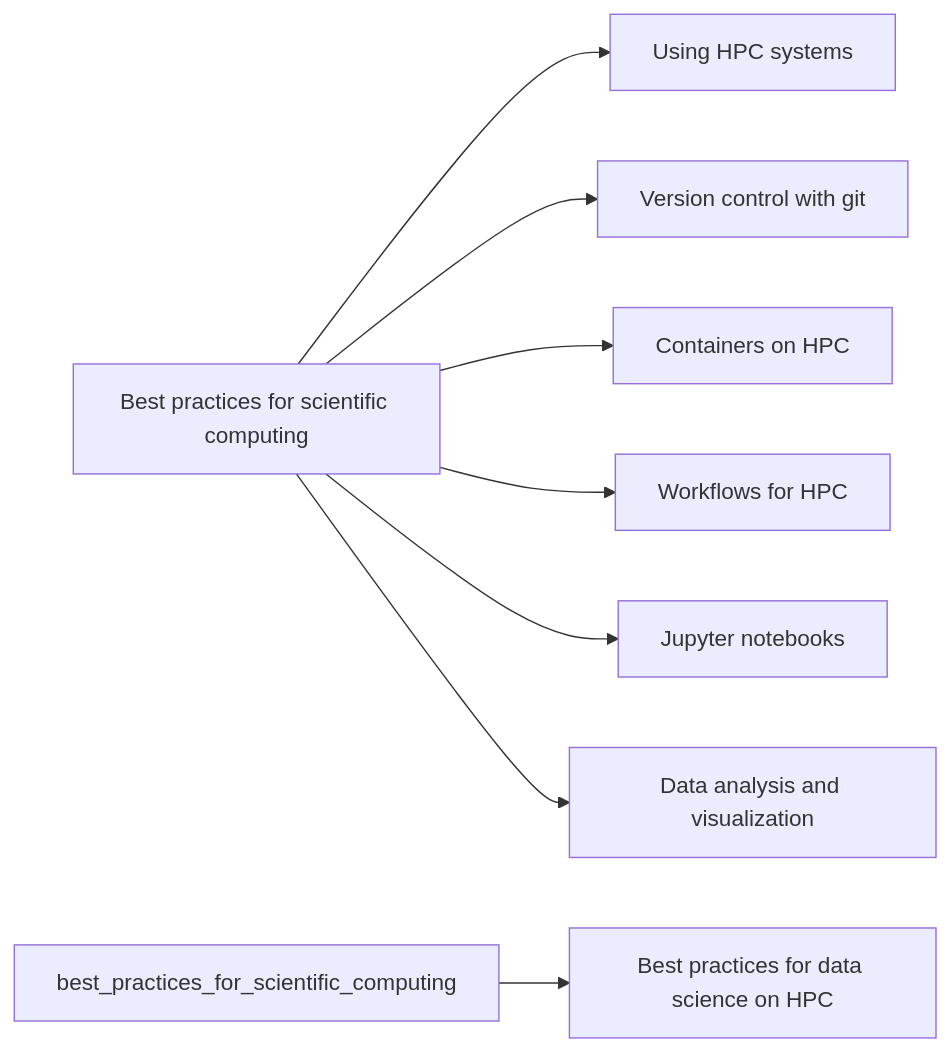
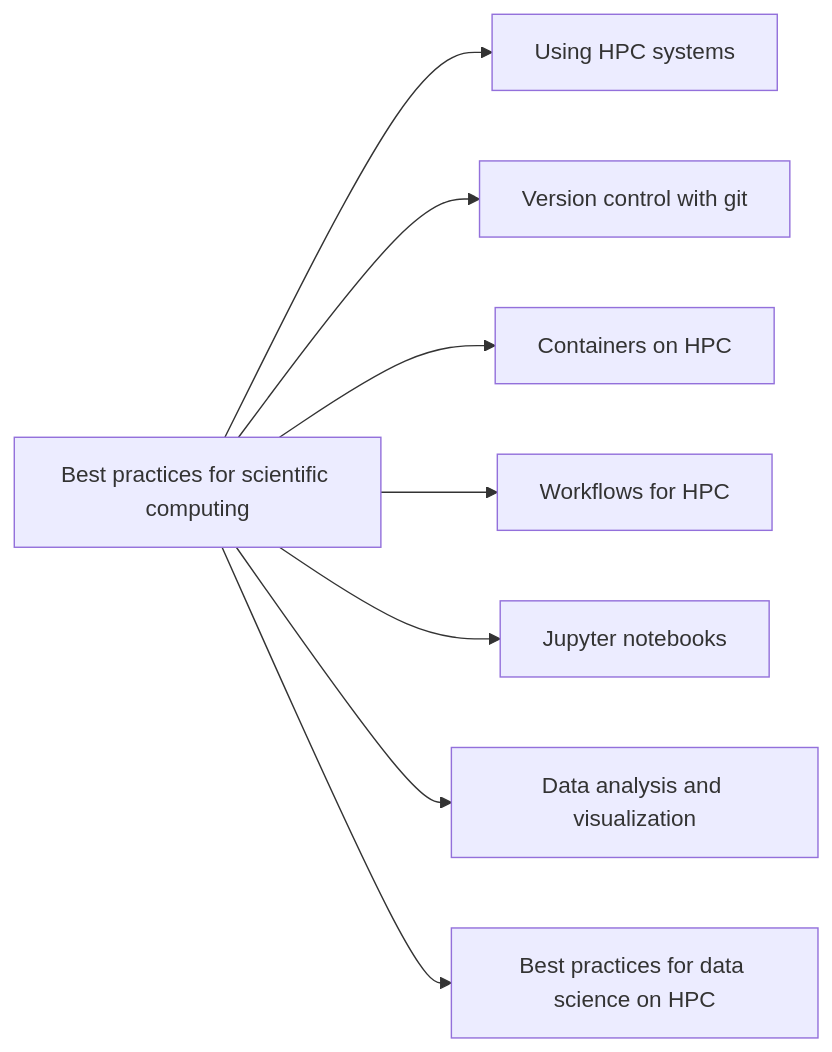
The diagram in docs/scientific_computing.md (gjbex/Training-sessions), drawn with Mermaid before and after one commit.

Commit message:
Fix node name typo

````diff
--- a/docs/scientific_computing.md
+++ b/docs/scientific_computing.md
@@ -3,18 +3,18 @@
 ```mermaid
 graph LR
    Best_practices_for_scientific_computing[Best practices for scientific computing] --> Using_HPC_systems[Using HPC systems]
    Best_practices_for_scientific_computing --> Version_control_with_git[Version control with git]
    Best_practices_for_scientific_computing --> Containers_on_HPC[Containers on HPC]
    Best_practices_for_scientific_computing --> Workflows_for_HPC[Workflows for HPC]
    Best_practices_for_scientific_computing --> Jupyter_notebooks[Jupyter notebooks]
    Best_practices_for_scientific_computing --> Data_analysis_and_visualization[Data analysis and visualization]
-   best_practices_for_scientific_computing --> Best_practices_for_data_science_on_HPC[Best practices for data science on HPC]
+   Best_practices_for_scientific_computing --> Best_practices_for_data_science_on_HPC[Best practices for data science on HPC]
    click Best_practices_for_scientific_computing "https://gjbex.github.io/Training-sessions/best_practices_for_scientific_computing" "Best practices for scientific computing"
    click Using_HPC_systems "https://gjbex.github.io/Training-sessions/using_hpc_systems" "Using HPC systems"
    click Version_control_with_git "https://gjbex.github.io/Version-control-with-git/" "Version control with git"
    click Containers_on_HPC "https://gjbex.github.io/Containers-for-HPC/" "Containers on HPC"
    click Workflows_for_HPC "https://gjbex.github.io/Workflows-for-HPC/" "Workflows for HPC"
    click Jupyter_notebooks "https://gjbex.github.io/Training-sessions/jupyter_notebooks" "Jupyter notebooks"
    click Data_analysis_and_visualization "https://gjbex.github.io/Training-sessions/data_analysis_and_visualization" "Data analysis and visualization"
    click Best_practices_for_data_science_on_HPC "https://gjbex.github.io/Training-sessions/best_practices_for_data_science_on_HPC" "Best practices for data science on HPC"
 ```
````
